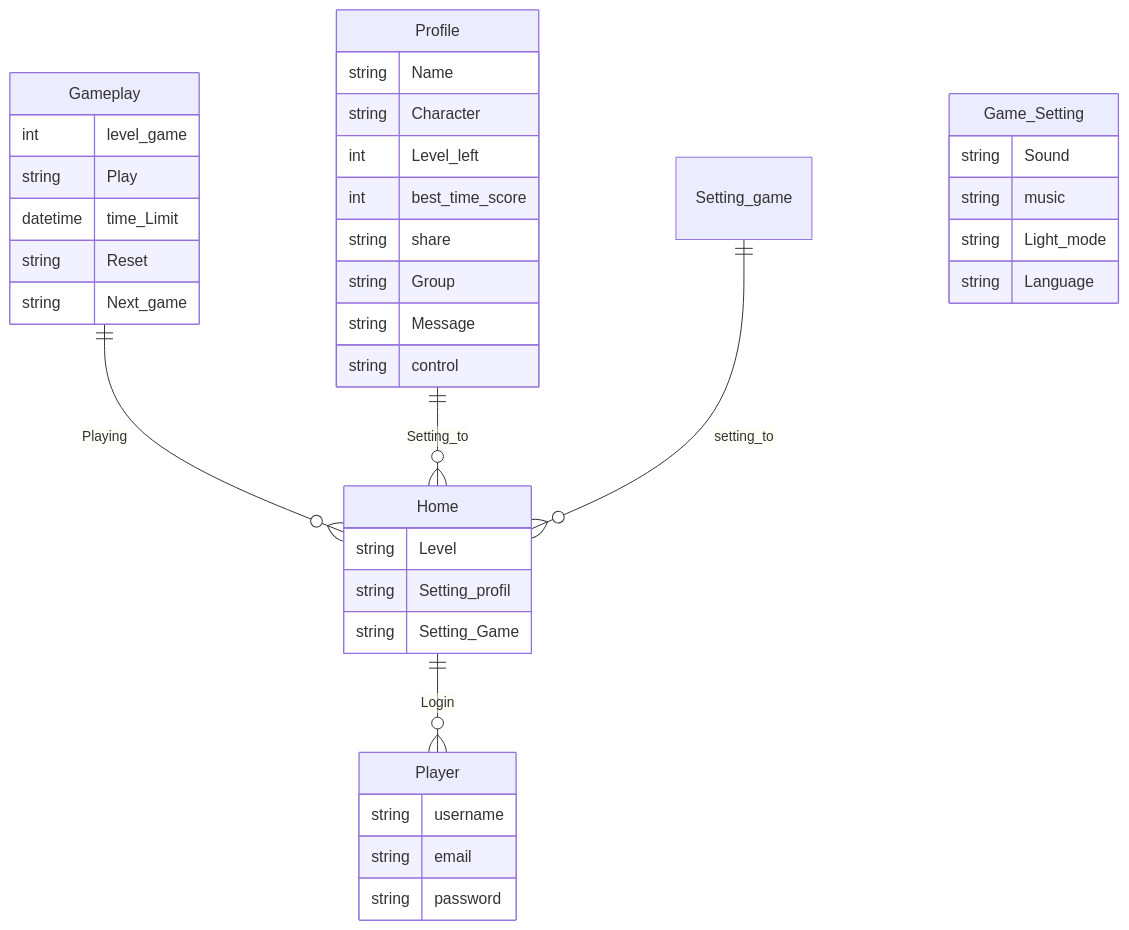
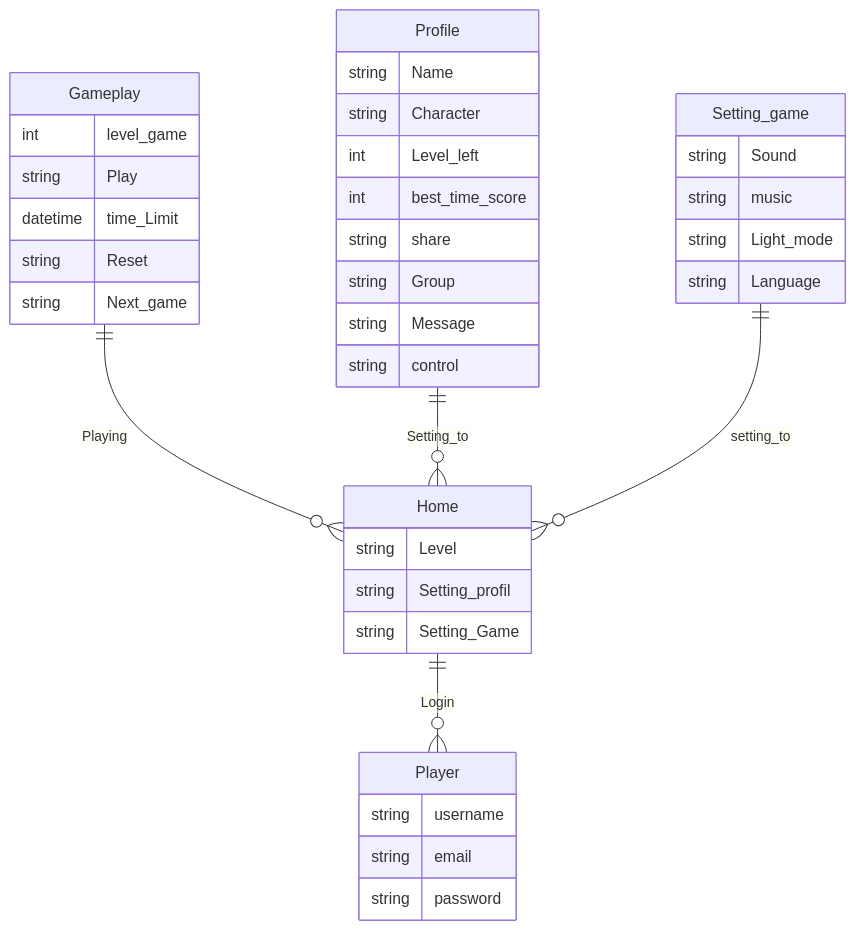
The first of 2 diagrams in review.md (Nightroom/Memoryasmaulhusna.github.io), drawn with Mermaid before and after one commit.

````diff
--- a/review.md
+++ b/review.md
@@ -44,44 +44,45 @@
 ```mermaid
+
 
 erDiagram
 
   Gameplay ||--o{ Home  : Playing 
   Gameplay {
     int level_game
     string Play
     datetime time_Limit 
     string Reset
     string Next_game  
   }
     Player {
     string username
     string email
     string password
     
   }
     Profile ||--o{ Home  : Setting_to
     Profile {
     string Name
     string Character 
     int Level_left 
     int best_time_score
     string share
     string Group
     string Message
     string control
     
   }
 Setting_game ||--o{ Home  : setting_to 
-  Game_Setting {
+  Setting_game {
     string Sound
     string music 
     string Light_mode
     string Language 
   }
   Home ||--o{ Player  : Login
   Home {
     string Level
     string Setting_profil
     string Setting_Game
   }
 ```
````
